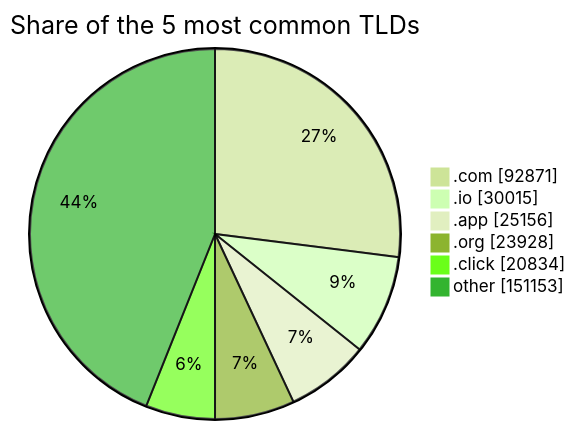
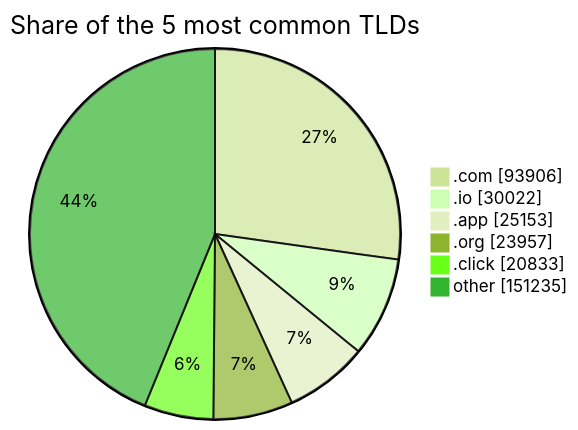
One commit to DNSBunker/CTI changed the third of 3 diagrams in README.md. Above: the diagram before and after it, drawn with Mermaid (forest theme). The commit also changed other lines of this file and 3 other files, not shown here.

````diff
--- a/README.md
+++ b/README.md
@@ -81,9 +81,9 @@
 ```mermaid
 pie showData title Share of the 5 most common TLDs
-    ".com" : 92871
-    ".io" : 30015
-    ".app" : 25156
-    ".org" : 23928
-    ".click" : 20834
-    "other" : 151153
+    ".com" : 93906
+    ".io" : 30022
+    ".app" : 25153
+    ".org" : 23957
+    ".click" : 20833
+    "other" : 151235
 ```
````
